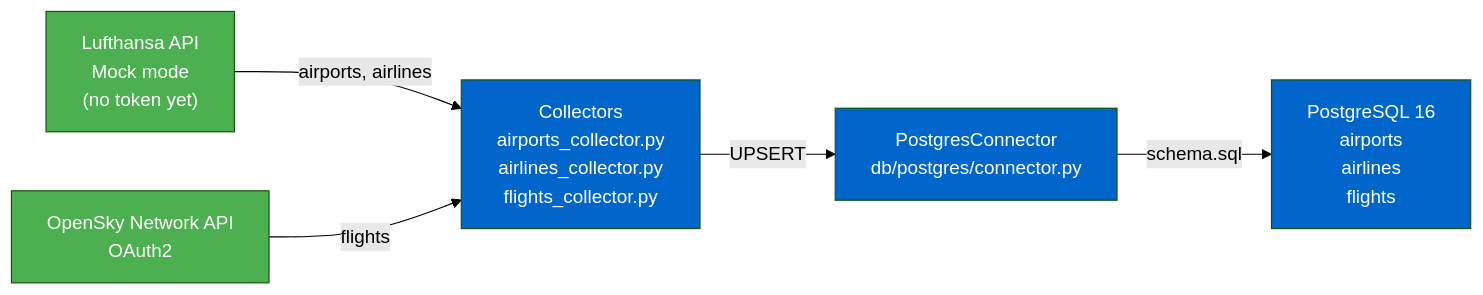
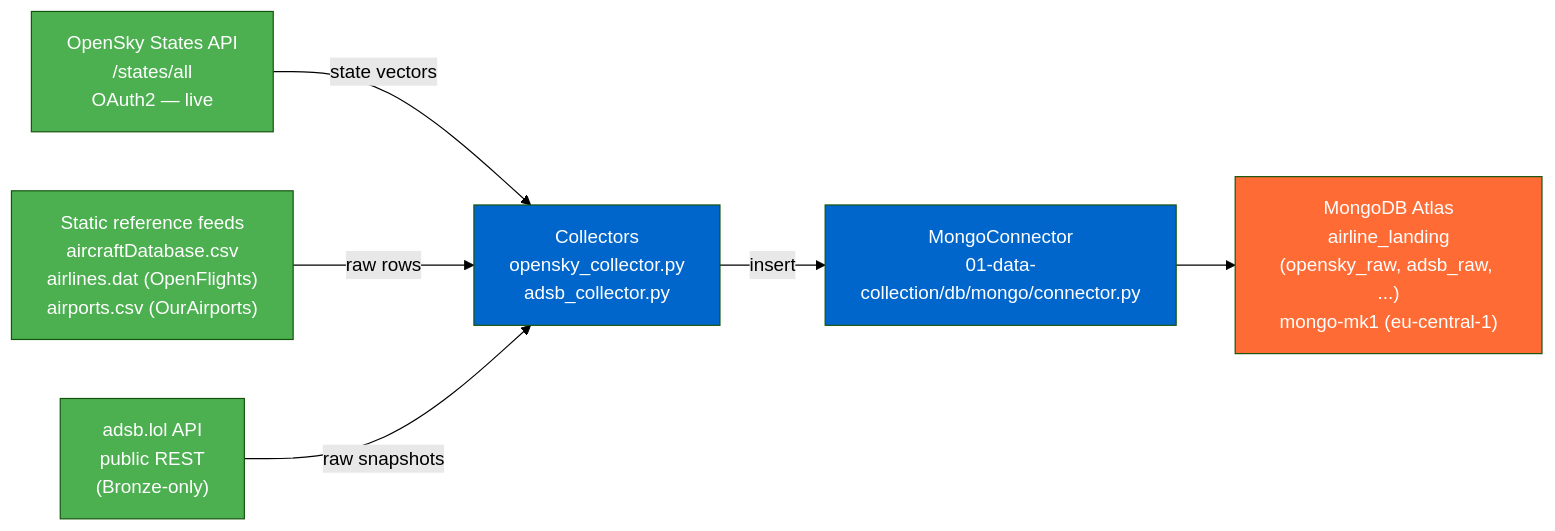
Before and after one commit to MatthiasSails/airline-data-platform: the first of 6 diagrams in docs/architecture/README.md, drawn with Mermaid (forest theme). The commit also changed other lines of this file, not shown here.

First line of the commit message:
docs(architecture): refresh phase diagrams to OpenSky-States medallion model

````diff
--- a/docs/architecture/README.md
+++ b/docs/architecture/README.md
@@ -18,17 +24,20 @@
 ```mermaid
 graph LR
-    LH["Lufthansa API<br/>Mock mode<br/>(no token yet)"]
-    OS["OpenSky Network API<br/>OAuth2"]
+    OS["OpenSky States API<br/>/states/all<br/>OAuth2 — live"]
+    REF["Static reference feeds<br/>aircraftDatabase.csv<br/>airlines.dat (OpenFlights)<br/>airports.csv (OurAirports)"]
+    ADSB["adsb.lol API<br/>public REST<br/>(Bronze-only)"]
 
-    LH -->|airports, airlines| COL["Collectors<br/>airports_collector.py<br/>airlines_collector.py<br/>flights_collector.py"]
-    OS -->|flights| COL
+    OS -->|state vectors| COL["Collectors<br/>opensky_collector.py<br/>adsb_collector.py"]
+    REF -->|raw rows| COL
+    ADSB -->|raw snapshots| COL
 
-    COL -->|UPSERT| CON["PostgresConnector<br/>db/postgres/connector.py"]
-    CON -->|schema.sql| PG["PostgreSQL 16<br/>airports<br/>airlines<br/>flights"]
+    COL -->|insert| CON["MongoConnector<br/>01-data-collection/db/mongo/connector.py"]
+    CON --> MDB["MongoDB Atlas<br/>airline_landing<br/>(opensky_raw, adsb_raw, ...)<br/>mongo-mk1 (eu-central-1)"]
 
-    style LH fill:#4CAF50,color:#fff
     style OS fill:#4CAF50,color:#fff
+    style REF fill:#4CAF50,color:#fff
+    style ADSB fill:#4CAF50,color:#fff
     style COL fill:#0066CC,color:#fff
     style CON fill:#0066CC,color:#fff
-    style PG fill:#0066CC,color:#fff
+    style MDB fill:#FF6B35,color:#fff
 ```
````
